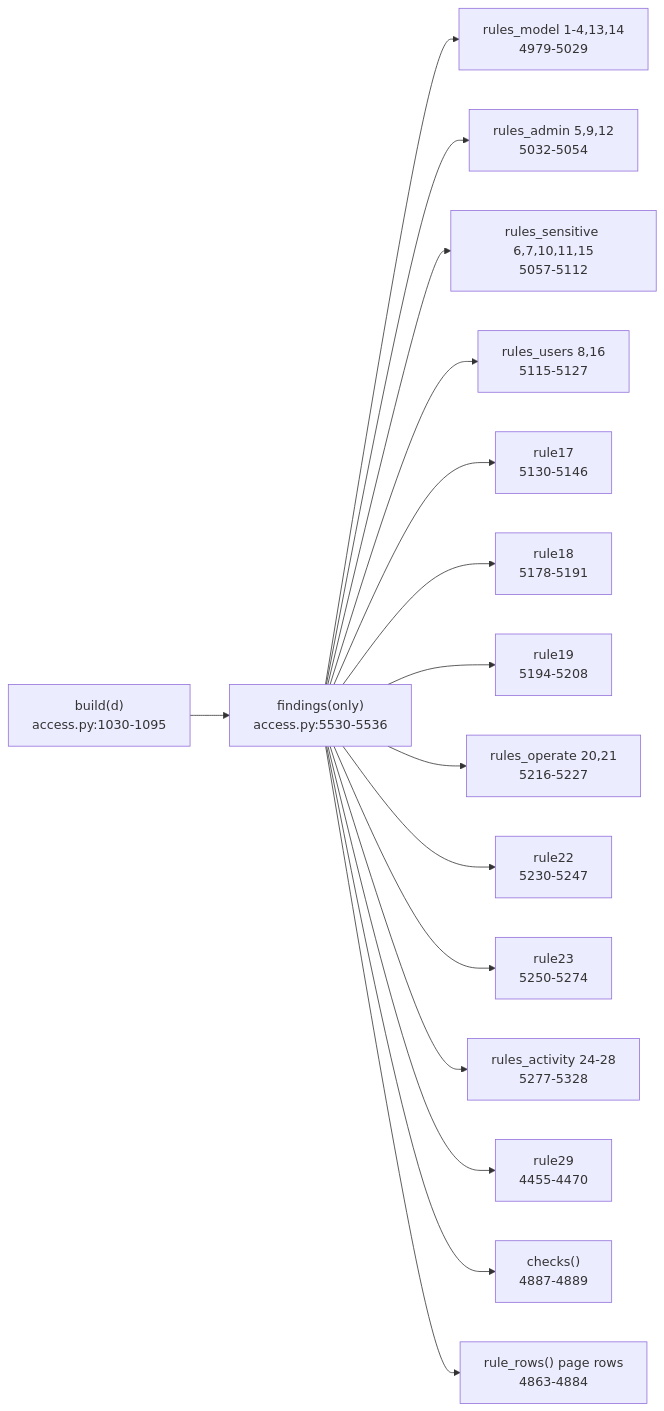
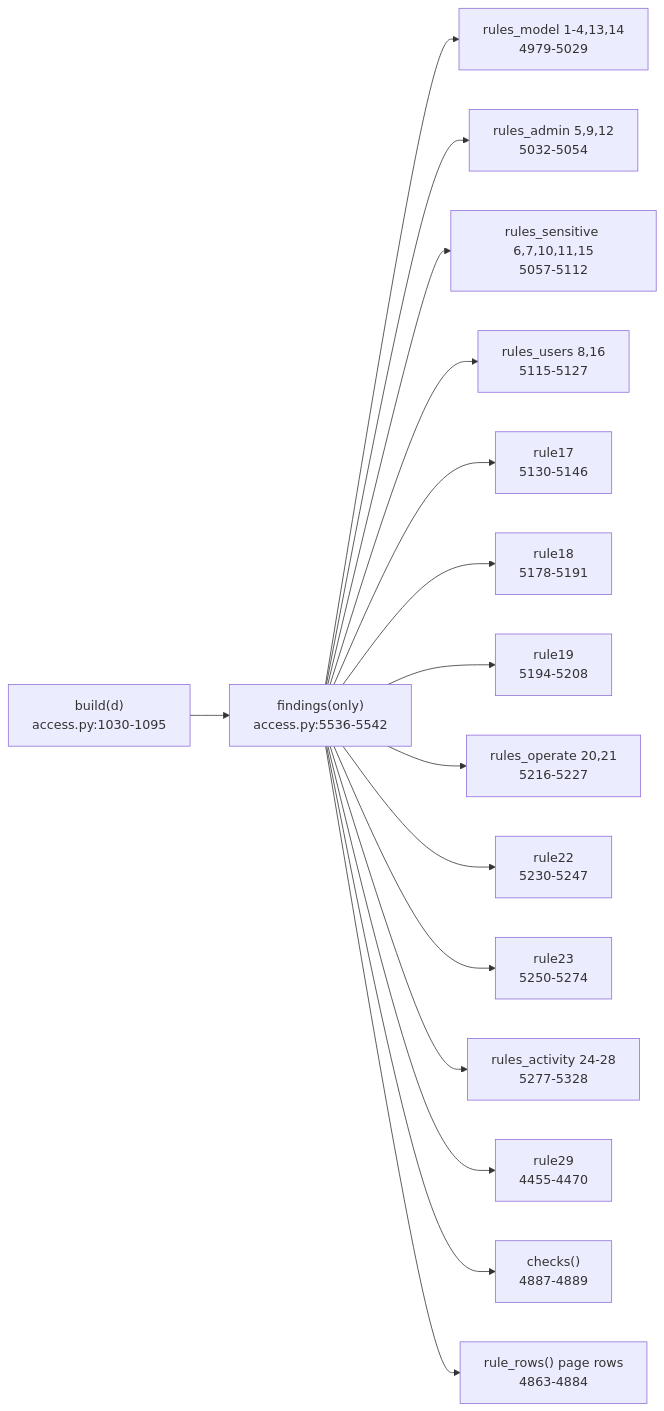
The diagram in snowflake-access-explorer-knowledge-graph/logic/rules.md (darshanmeel/snowflake-access-explorer), drawn with Mermaid before and after one commit. The commit also changed other lines of this file and 42 other files, not shown here.

Commit message:
Docs and knowledge graph for the </> mark on every card and page SQL for every name

````diff
--- a/snowflake-access-explorer-knowledge-graph/logic/rules.md
+++ b/snowflake-access-explorer-knowledge-graph/logic/rules.md
@@ -6,18 +6,18 @@
 ```mermaid
 flowchart LR
-  B["build(d)<br/>access.py:1030-1095"] --> F["findings(only)<br/>access.py:5530-5536"]
+  B["build(d)<br/>access.py:1030-1095"] --> F["findings(only)<br/>access.py:5536-5542"]
   F --> M["rules_model 1-4,13,14<br/>4979-5029"]
   F --> A["rules_admin 5,9,12<br/>5032-5054"]
   F --> S["rules_sensitive 6,7,10,11,15<br/>5057-5112"]
   F --> U["rules_users 8,16<br/>5115-5127"]
   F --> R17["rule17<br/>5130-5146"]
   F --> R18["rule18<br/>5178-5191"]
   F --> R19["rule19<br/>5194-5208"]
   F --> O["rules_operate 20,21<br/>5216-5227"]
   F --> R22["rule22<br/>5230-5247"]
   F --> R23["rule23<br/>5250-5274"]
   F --> RA["rules_activity 24-28<br/>5277-5328"]
   F --> R29["rule29<br/>4455-4470"]
   F --> C["checks()<br/>4887-4889"]
   F --> RR["rule_rows() page rows<br/>4863-4884"]
 ```
````
